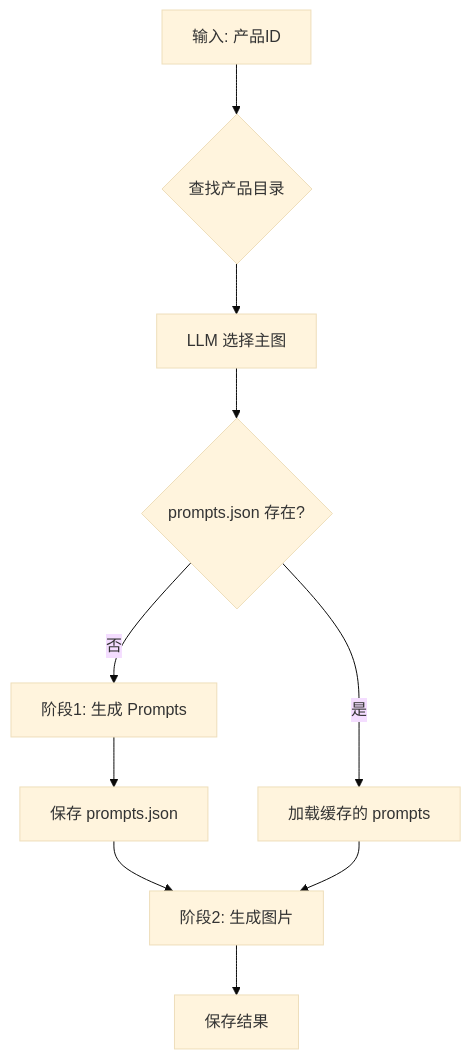
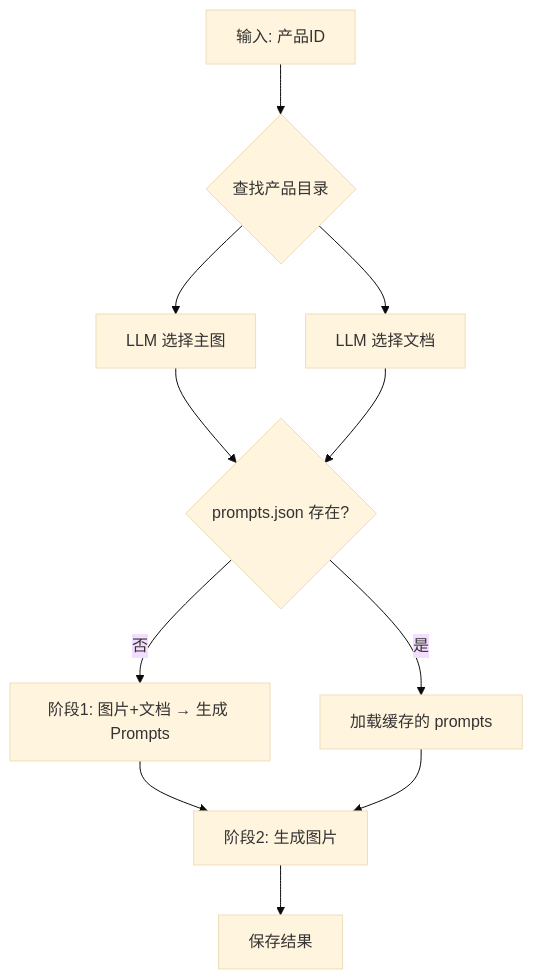
One commit to SihanChen46/ecom changed the diagram in README.md. Above: the diagram before and after it, drawn with Mermaid (base theme). The commit also changed other lines of this file, not shown here.

Commit message:
updated read me

````diff
--- a/README.md
+++ b/README.md
@@ -33,12 +33,13 @@
 ```mermaid
 flowchart TD
     A[输入: 产品ID] --> B{查找产品目录}
     B --> C[LLM 选择主图]
-    C --> D{prompts.json 存在?}
-    D -->|否| E[阶段1: 生成 Prompts]
-    E --> F[保存 prompts.json]
-    F --> G[阶段2: 生成图片]
-    D -->|是| H[加载缓存的 prompts]
-    H --> G
-    G --> I[保存结果]
+    B --> D[LLM 选择文档]
+    C --> E{prompts.json 存在?}
+    D --> E
+    E -->|否| F[阶段1: 图片+文档 → 生成 Prompts]
+    E -->|是| G[加载缓存的 prompts]
+    F --> H[阶段2: 生成图片]
+    G --> H
+    H --> I[保存结果]
 ```
````
